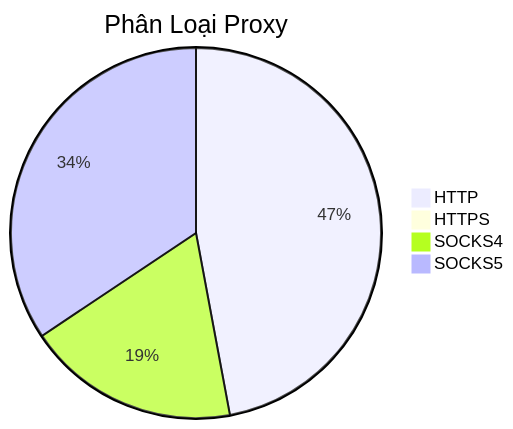
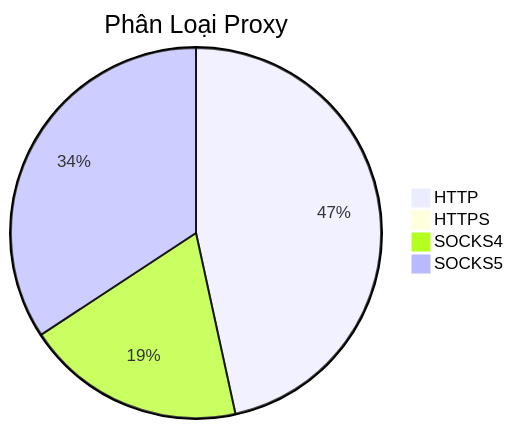
Before and after one commit to Ciara-12/PROXY-free: the diagram in README.md, drawn with Mermaid. The commit also changed other lines of this file and 3 other files, not shown here.

````diff
--- a/README.md
+++ b/README.md
@@ -26,7 +26,7 @@
 ```mermaid
 pie title Phân Loại Proxy
-    "HTTP" : 786
+    "HTTP" : 729
     "HTTPS" : 0
-    "SOCKS4" : 310
-    "SOCKS5" : 574
+    "SOCKS4" : 300
+    "SOCKS5" : 536
 ```
````
